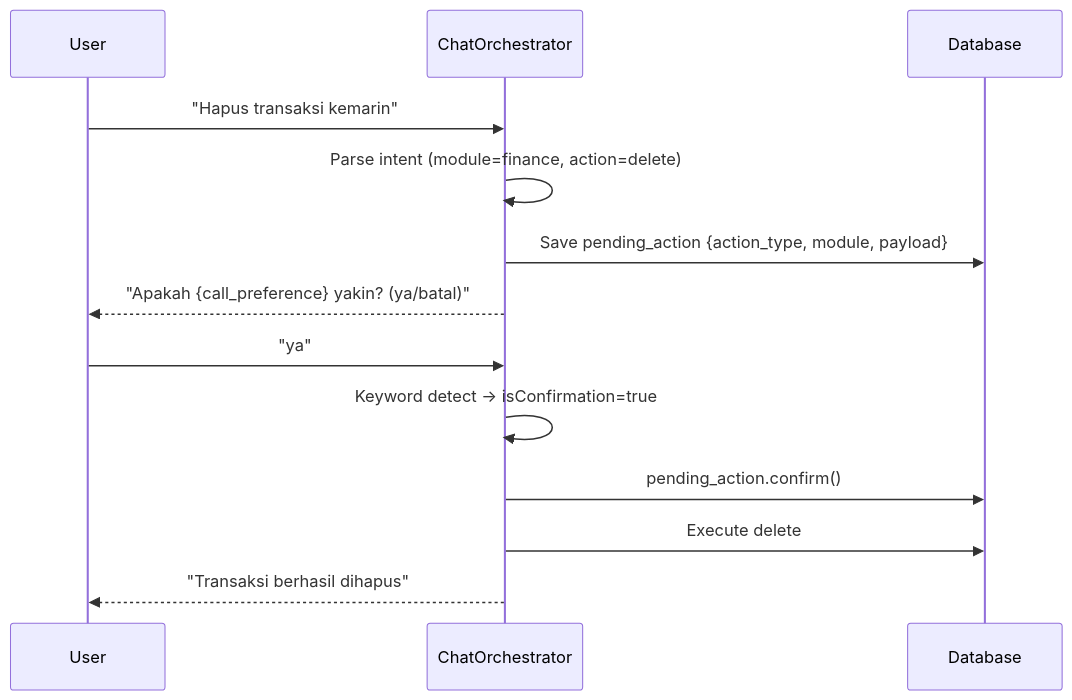
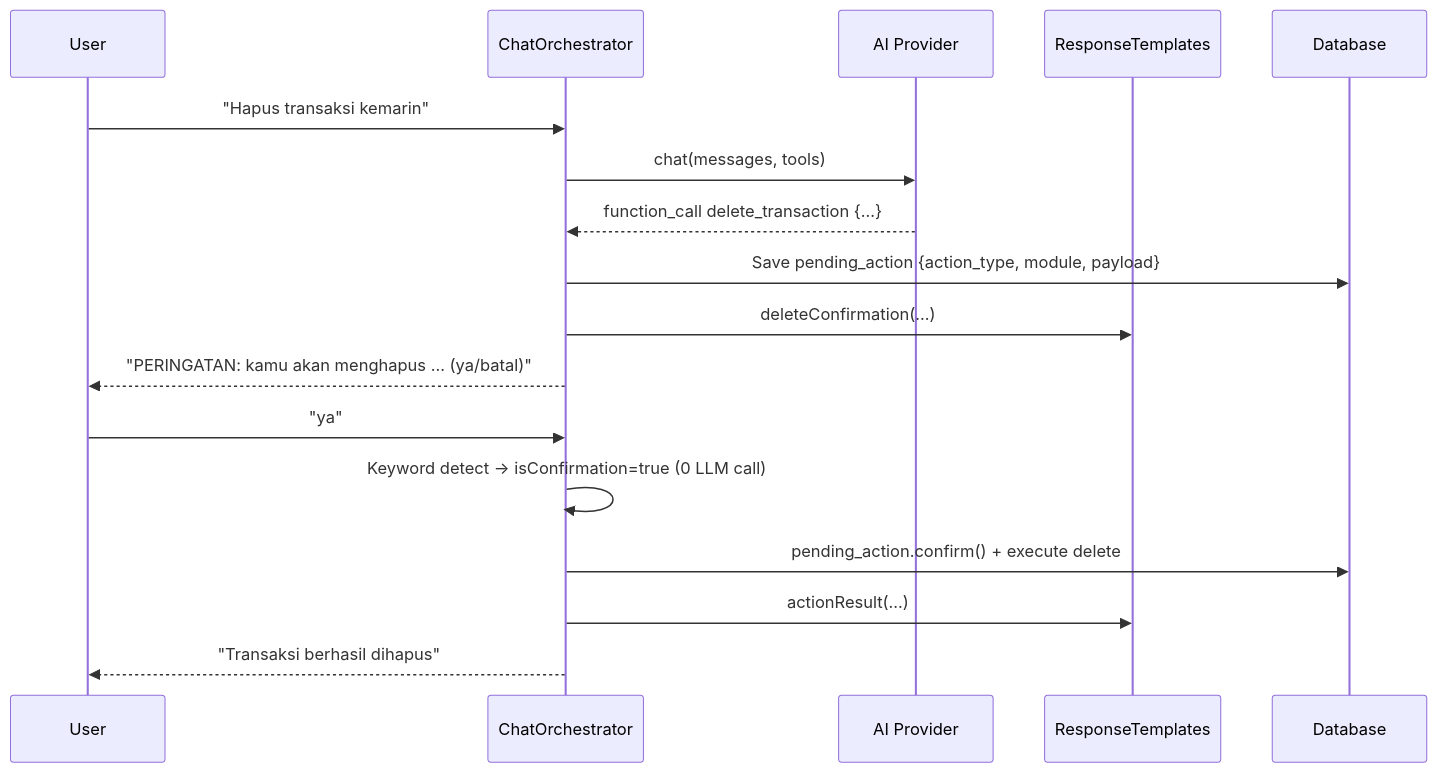
One commit to azmifauzan/aspri changed the third of 4 diagrams in docs/ARCHITECTURE.md. Above: the diagram before and after it, drawn with Mermaid. The commit also changed other lines of this file and 1 other file, not shown here.

Commit message:
docs: document native tool-use rewrite architecture

````diff
--- a/docs/ARCHITECTURE.md
+++ b/docs/ARCHITECTURE.md
@@ -258,16 +275,20 @@
 ```mermaid
 sequenceDiagram
   participant U as User
   participant O as ChatOrchestrator
+  participant AI as AI Provider
+  participant RT as ResponseTemplates
   participant DB as Database
 
   U->>O: "Hapus transaksi kemarin"
-  O->>O: Parse intent (module=finance, action=delete)
+  O->>AI: chat(messages, tools)
+  AI-->>O: function_call delete_transaction {...}
   O->>DB: Save pending_action {action_type, module, payload}
-  O-->>U: "Apakah {call_preference} yakin? (ya/batal)"
+  O->>RT: deleteConfirmation(...)
+  O-->>U: "PERINGATAN: kamu akan menghapus ... (ya/batal)"
   U->>O: "ya"
-  O->>O: Keyword detect → isConfirmation=true
-  O->>DB: pending_action.confirm()
-  O->>DB: Execute delete
+  O->>O: Keyword detect → isConfirmation=true (0 LLM call)
+  O->>DB: pending_action.confirm() + execute delete
+  O->>RT: actionResult(...)
   O-->>U: "Transaksi berhasil dihapus"
 ```
````
